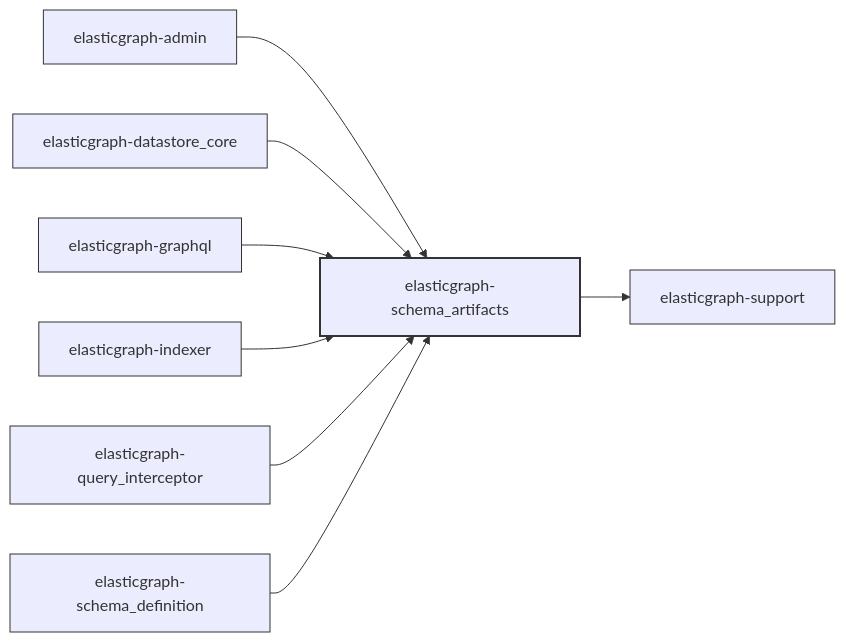
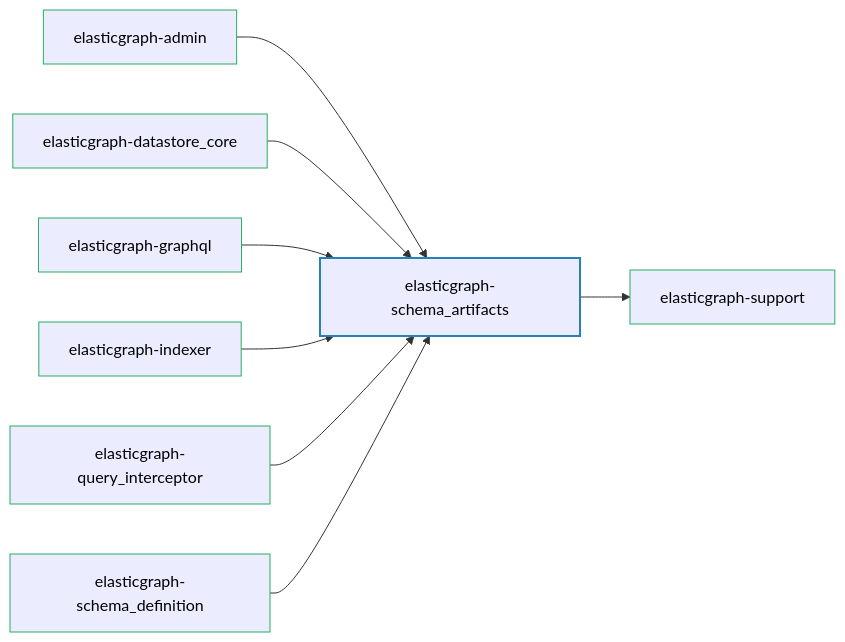
Before and after one commit to block/elasticgraph: the diagram in elasticgraph-schema_artifacts/README.md, drawn with Mermaid. The commit also changed 21 other files, not shown here.

````diff
--- a/elasticgraph-schema_artifacts/README.md
+++ b/elasticgraph-schema_artifacts/README.md
@@ -7,22 +7,26 @@
 ```mermaid
 graph LR;
+    elasticgraph-schema_artifacts["elasticgraph-schema_artifacts"];
+    elasticgraph-support["elasticgraph-support"];
     elasticgraph-schema_artifacts --> elasticgraph-support;
+    elasticgraph-admin["elasticgraph-admin"];
     elasticgraph-admin --> elasticgraph-schema_artifacts;
+    elasticgraph-datastore_core["elasticgraph-datastore_core"];
     elasticgraph-datastore_core --> elasticgraph-schema_artifacts;
+    elasticgraph-graphql["elasticgraph-graphql"];
     elasticgraph-graphql --> elasticgraph-schema_artifacts;
+    elasticgraph-indexer["elasticgraph-indexer"];
     elasticgraph-indexer --> elasticgraph-schema_artifacts;
+    elasticgraph-query_interceptor["elasticgraph-query_interceptor"];
     elasticgraph-query_interceptor --> elasticgraph-schema_artifacts;
+    elasticgraph-schema_definition["elasticgraph-schema_definition"];
     elasticgraph-schema_definition --> elasticgraph-schema_artifacts;
-    classDef currentGemStyle fill:#lightblue,stroke:#333,stroke-width:2px;
-    classDef internalEgGemStyle fill:#lightgreen,stroke:#333,stroke-width:1px;
-    classDef externalGemStyle fill:#lightcoral,stroke:#333,stroke-width:1px;
-    classDef placeholderNodeStyle fill:#eee,stroke:#333,stroke-width:1px;
-    class elasticgraph-schema_artifacts currentGemStyle;
-    class elasticgraph-support internalEgGemStyle;
-    class elasticgraph-admin internalEgGemStyle;
-    class elasticgraph-datastore_core internalEgGemStyle;
-    class elasticgraph-graphql internalEgGemStyle;
-    class elasticgraph-indexer internalEgGemStyle;
-    class elasticgraph-query_interceptor internalEgGemStyle;
-    class elasticgraph-schema_definition internalEgGemStyle;
+    style elasticgraph-schema_artifacts fill:#lightblue,stroke:#2980b9,stroke-width:2px,color:#000;
+    style elasticgraph-support fill:#lightgreen,stroke:#27ae60,stroke-width:1px,color:#000;
+    style elasticgraph-admin fill:#lightgreen,stroke:#27ae60,stroke-width:1px,color:#000;
+    style elasticgraph-datastore_core fill:#lightgreen,stroke:#27ae60,stroke-width:1px,color:#000;
+    style elasticgraph-graphql fill:#lightgreen,stroke:#27ae60,stroke-width:1px,color:#000;
+    style elasticgraph-indexer fill:#lightgreen,stroke:#27ae60,stroke-width:1px,color:#000;
+    style elasticgraph-query_interceptor fill:#lightgreen,stroke:#27ae60,stroke-width:1px,color:#000;
+    style elasticgraph-schema_definition fill:#lightgreen,stroke:#27ae60,stroke-width:1px,color:#000;
 ```
````
